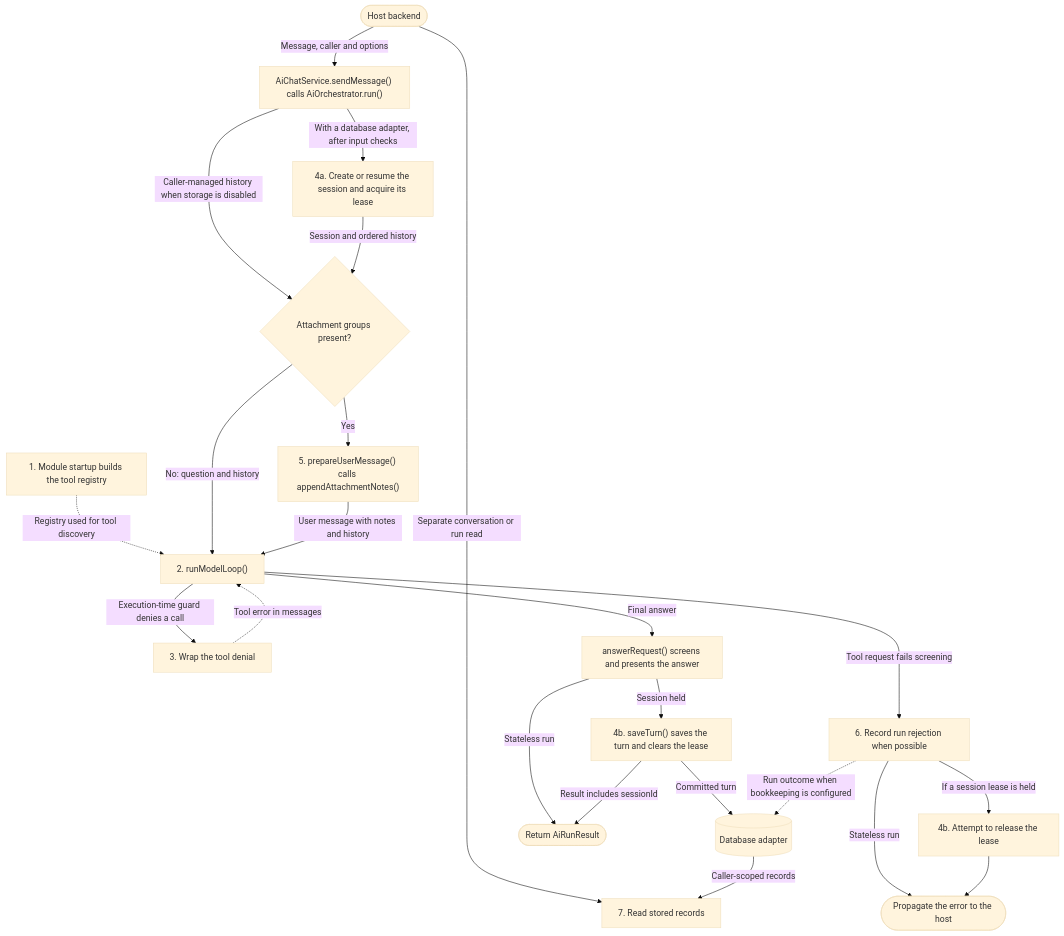
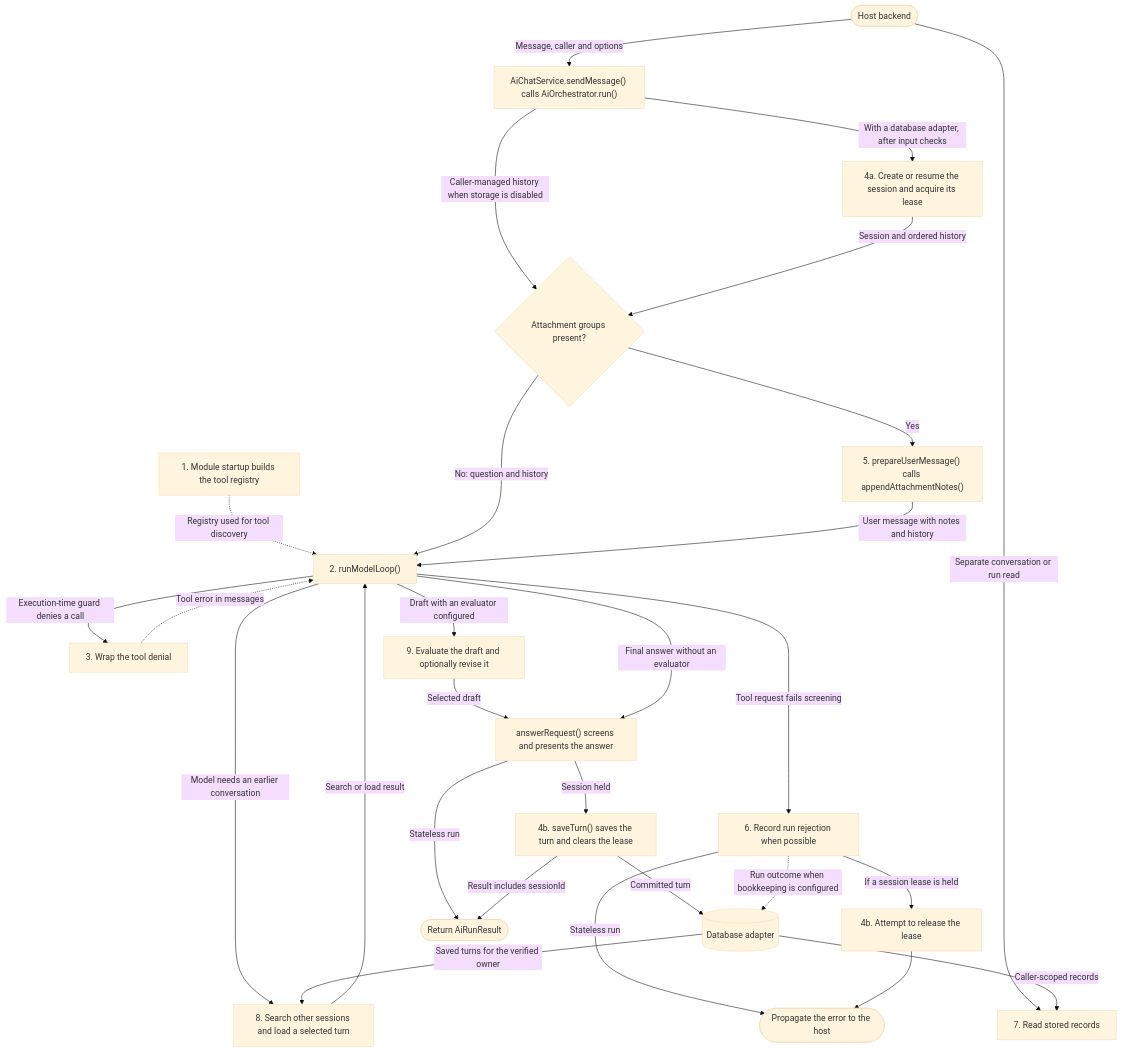
Before and after one commit to smthspecial/nest-ai-middleware: the first of 11 diagrams in .spec/technical/arch/arch-003.md, drawn with Mermaid (base theme). The commit also changed other lines of this file and 15 other files, not shown here.

First line of the commit message:
feat: implement conversation search functionality across database adapters

````diff
--- a/.spec/technical/arch/arch-003.md
+++ b/.spec/technical/arch/arch-003.md
@@ -18,25 +18,30 @@
 ```mermaid
 flowchart TD
     Startup["1. Module startup builds the tool registry"] -.->|Registry used for tool discovery| Model
     Host(["Host backend"]) -->|Message, caller and options| Run["AiChatService.sendMessage() calls AiOrchestrator.run()"]
     Run -->|With a database adapter, after input checks| Open["4a. Create or resume the session and acquire its lease"]
     Run -->|Caller-managed history when storage is disabled| HasFiles{"Attachment groups present?"}
     Open -->|Session and ordered history| HasFiles
     HasFiles -->|Yes| Files["5. prepareUserMessage() calls appendAttachmentNotes()"]
     HasFiles -->|"No: question and history"| Model["2. runModelLoop()"]
     Files -->|User message with notes and history| Model
     Model -->|Execution-time guard denies a call| Denied["3. Wrap the tool denial"]
+    Model -->|Model needs an earlier conversation| Recall["8. Search other sessions and load a selected turn"]
+    Recall -->|Search or load result| Model
+    Store -->|Saved turns for the verified owner| Recall
     Denied -.->|Tool error in messages| Model
     Model -->|Tool request fails screening| Rejected["6. Record run rejection when possible"]
     Rejected -->|If a session lease is held| Release["4b. Attempt to release the lease"]
     Rejected -->|Stateless run| Error(["Propagate the error to the host"])
     Release --> Error
-    Model -->|Final answer| Present["answerRequest() screens and presents the answer"]
+    Model -->|Draft with an evaluator configured| Review["9. Evaluate the draft and optionally revise it"]
+    Review -->|Selected draft| Present["answerRequest() screens and presents the answer"]
+    Model -->|Final answer without an evaluator| Present
     Present -->|Session held| Save["4b. saveTurn() saves the turn and clears the lease"]
     Present -->|Stateless run| Reply(["Return AiRunResult"])
     Save -->|Result includes sessionId| Reply
     Save -->|Committed turn| Store[("Database adapter")]
     Rejected -.->|Run outcome when bookkeeping is configured| Store
     Host -->|Separate conversation or run read| Reads["7. Read stored records"]
     Store -->|Caller-scoped records| Reads
 ```
````
